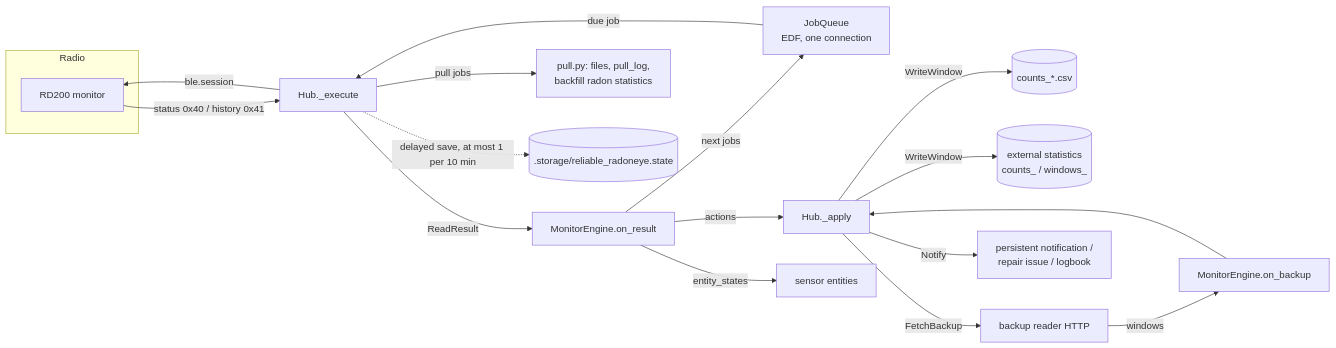
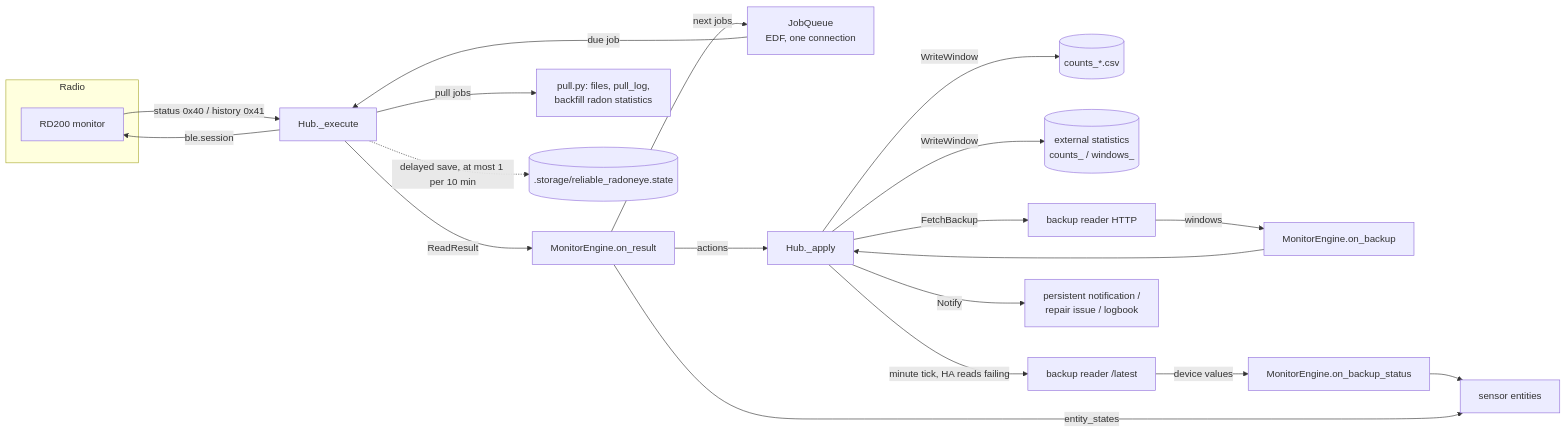
The diagram in docs/technical/architecture.md (Dave-J-W/reliable_radoneye), drawn with Mermaid before and after one commit. The commit also changed other lines of this file and 11 other files, not shown here.

First line of the commit message:
docs: backup device values, WARNING read log, GET /latest; release 0.4.0

````diff
--- a/docs/technical/architecture.md
+++ b/docs/technical/architecture.md
@@ -80,20 +80,22 @@
 ```mermaid
 flowchart LR
     subgraph Radio
       RD[RD200 monitor]
     end
     Q[JobQueue<br/>EDF, one connection] -->|due job| H[Hub._execute]
     H -->|ble.session| RD
     RD -->|status 0x40 / history 0x41| H
     H -->|ReadResult| E[MonitorEngine.on_result]
     E -->|next jobs| Q
     E -->|actions| A[Hub._apply]
     A -->|WriteWindow| CSV[(counts_*.csv)]
     A -->|WriteWindow| ST[(external statistics<br/>counts_ / windows_)]
     A -->|FetchBackup| BR[backup reader HTTP]
     BR -->|windows| E2[MonitorEngine.on_backup] --> A
+    A -->|"minute tick, HA reads failing"| BL[backup reader /latest]
+    BL -->|device values| E3[MonitorEngine.on_backup_status] --> S
     A -->|Notify| N[persistent notification /<br/>repair issue / logbook]
     H -->|pull jobs| P[pull.py: files, pull_log,<br/>backfill radon statistics]
     E -->|entity_states| S[sensor entities]
     H -.->|delayed save, at most 1 per 10 min| STORE[(.storage/reliable_radoneye.state)]
 ```
````
